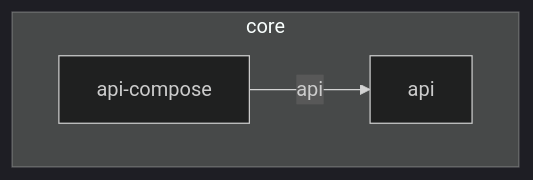
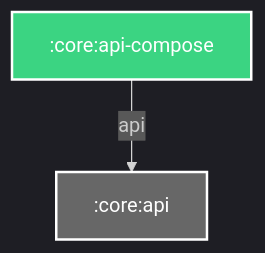
One commit to Dussim/cv-app changed the diagram in core/api-compose/README.md. Above: the diagram before and after it, drawn with Mermaid. The commit also changed 34 other files, not shown here.

````diff
--- a/core/api-compose/README.md
+++ b/core/api-compose/README.md
@@ -3,14 +3,16 @@
 ```mermaid
 %%{
   init: {
     'theme': 'dark'
   }
 }%%
 
 graph TB
-  subgraph core
-    api
-    api-compose
-  end
-  api-compose -- api --> api
+  :core:api-compose -- api --> :core:api
+
+classDef android-library fill:#3BD482,stroke:#fff,stroke-width:2px,color:#fff;
+classDef unknown fill:#676767,stroke:#fff,stroke-width:2px,color:#fff;
+class :core:api-compose android-library
+class :core:api unknown
+
 ```
````
